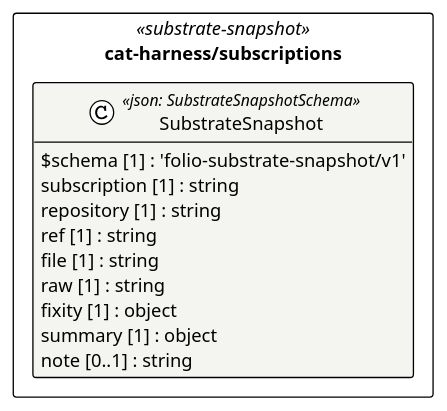
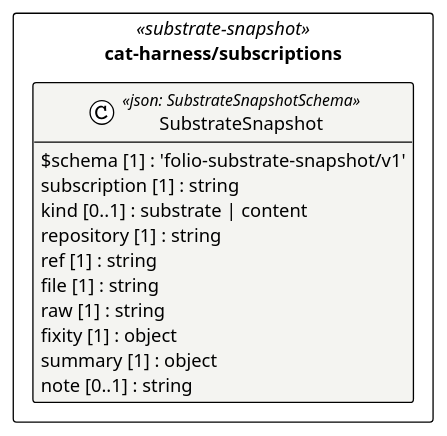
Before and after one commit to litlfred/folio-assistant: the diagram in cat-harness/uml/overview/cat-harness/subscriptions.puml, drawn with PlantUML. The commit also changed 39 other files, not shown here.

First line of the commit message:
kg:subscribe: accept a content-only Knowledge Graph as its own kind (owner, 2026-10-06)

```diff
--- a/cat-harness/uml/overview/cat-harness/subscriptions.puml
+++ b/cat-harness/uml/overview/cat-harness/subscriptions.puml
@@ -3,23 +3,24 @@
 @startuml cat_harness_subscriptions
 !pragma layout elk
 !theme plain
 skinparam classAttributeIconSize 0
 skinparam shadowing false
 skinparam packageStyle rectangle
 hide empty methods
 
 package "cat-harness/subscriptions" as pkg_cat_harness_subscriptions <<substrate-snapshot>> {
   class "SubstrateSnapshot" as cat_harness_subscriptions_SubstrateSnapshot <<json: SubstrateSnapshotSchema>> #f4f4f1 {
     $schema [1] : 'folio-substrate-snapshot/v1'
     subscription [1] : string
+    kind [0..1] : substrate | content
     repository [1] : string
     ref [1] : string
     file [1] : string
     raw [1] : string
     fixity [1] : object
     summary [1] : object
     note [0..1] : string
   }
 }
 
 @enduml
```
